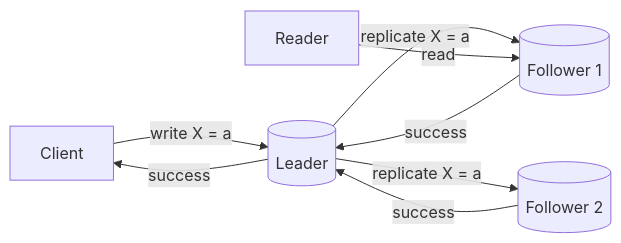
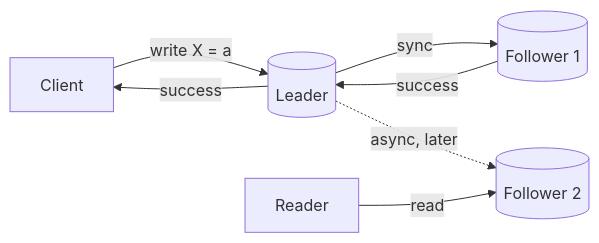
One commit to aaryan-pradhan/core-cs-fundamentals changed the diagram in hld/18-replication.md. Above: the diagram before and after it, drawn with Mermaid. The commit also changed other lines of this file, not shown here.

````diff
--- a/hld/18-replication.md
+++ b/hld/18-replication.md
@@ -19,10 +25,9 @@
 ```mermaid
 flowchart LR
     C["Client"] -->|"write X = a"| L[("Leader")]
-    L -->|"replicate X = a"| F1[("Follower 1")]
-    L -->|"replicate X = a"| F2[("Follower 2")]
+    L -->|"sync"| F1[("Follower 1")]
+    L -.->|"async, later"| F2[("Follower 2")]
     F1 -->|"success"| L
-    F2 -->|"success"| L
     L -->|"success"| C
-    R["Reader"] -->|"read"| F1
+    R["Reader"] -->|"read"| F2
 ```
````
